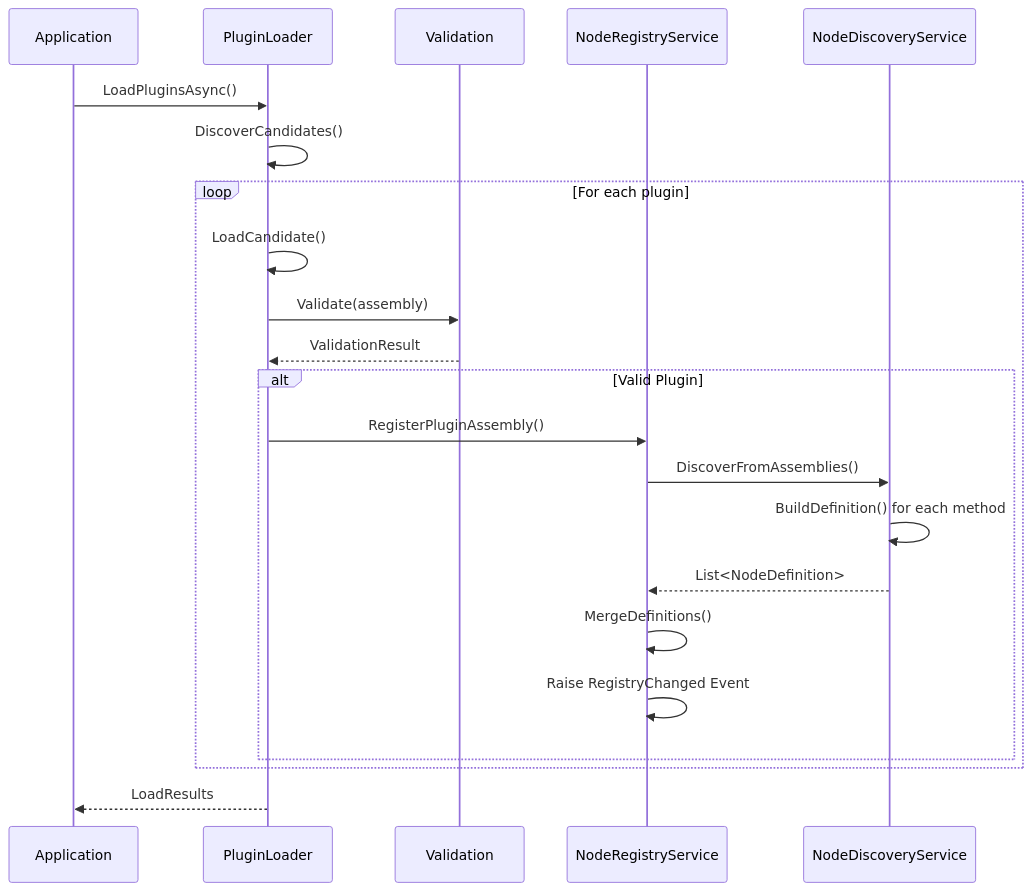
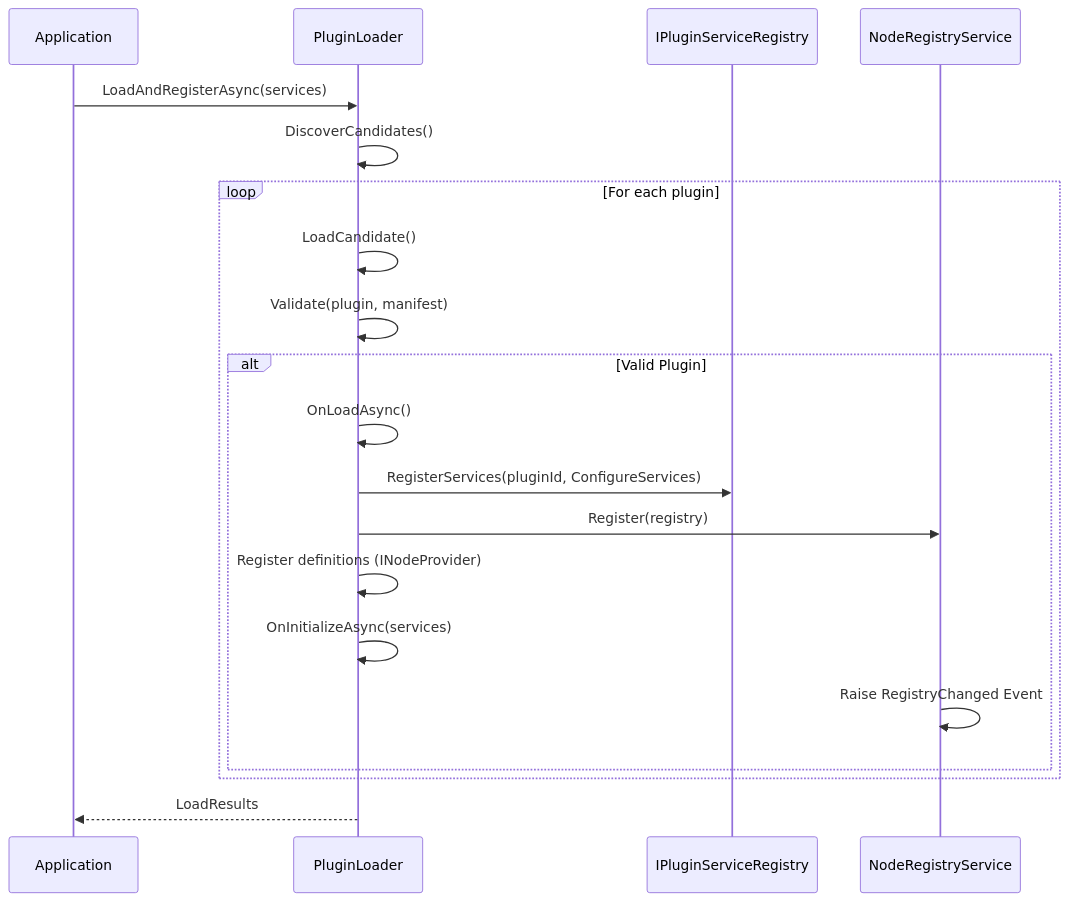
One commit to Johnny2x2/NodeEditor.Net changed the tenth of 17 diagrams in NodeEditor.Blazor/docs/Architecture.md. Above: the diagram before and after it, drawn with Mermaid. The commit also changed other lines of this file and 7 other files, not shown here.

````diff
--- a/NodeEditor.Blazor/docs/Architecture.md
+++ b/NodeEditor.Blazor/docs/Architecture.md
@@ -458,28 +545,26 @@
 ```mermaid
 sequenceDiagram
     participant App as Application
     participant Loader as PluginLoader
-    participant Validator as Validation
+    participant PSR as IPluginServiceRegistry
     participant Registry as NodeRegistryService
-    participant Discovery as NodeDiscoveryService
     
-    App->>Loader: LoadPluginsAsync()
+    App->>Loader: LoadAndRegisterAsync(services)
     Loader->>Loader: DiscoverCandidates()
     
     loop For each plugin
         Loader->>Loader: LoadCandidate()
-        Loader->>Validator: Validate(assembly)
-        Validator-->>Loader: ValidationResult
+        Loader->>Loader: Validate(plugin, manifest)
         
         alt Valid Plugin
-            Loader->>Registry: RegisterPluginAssembly()
-            Registry->>Discovery: DiscoverFromAssemblies()
-            Discovery->>Discovery: BuildDefinition() for each method
-            Discovery-->>Registry: List<NodeDefinition>
-            Registry->>Registry: MergeDefinitions()
+            Loader->>Loader: OnLoadAsync()
+            Loader->>PSR: RegisterServices(pluginId, ConfigureServices)
+            Loader->>Registry: Register(registry)
+            Loader->>Loader: Register definitions (INodeProvider)
+            Loader->>Loader: OnInitializeAsync(services)
             Registry->>Registry: Raise RegistryChanged Event
         end
     end
     
     Loader-->>App: LoadResults
 ```
````
